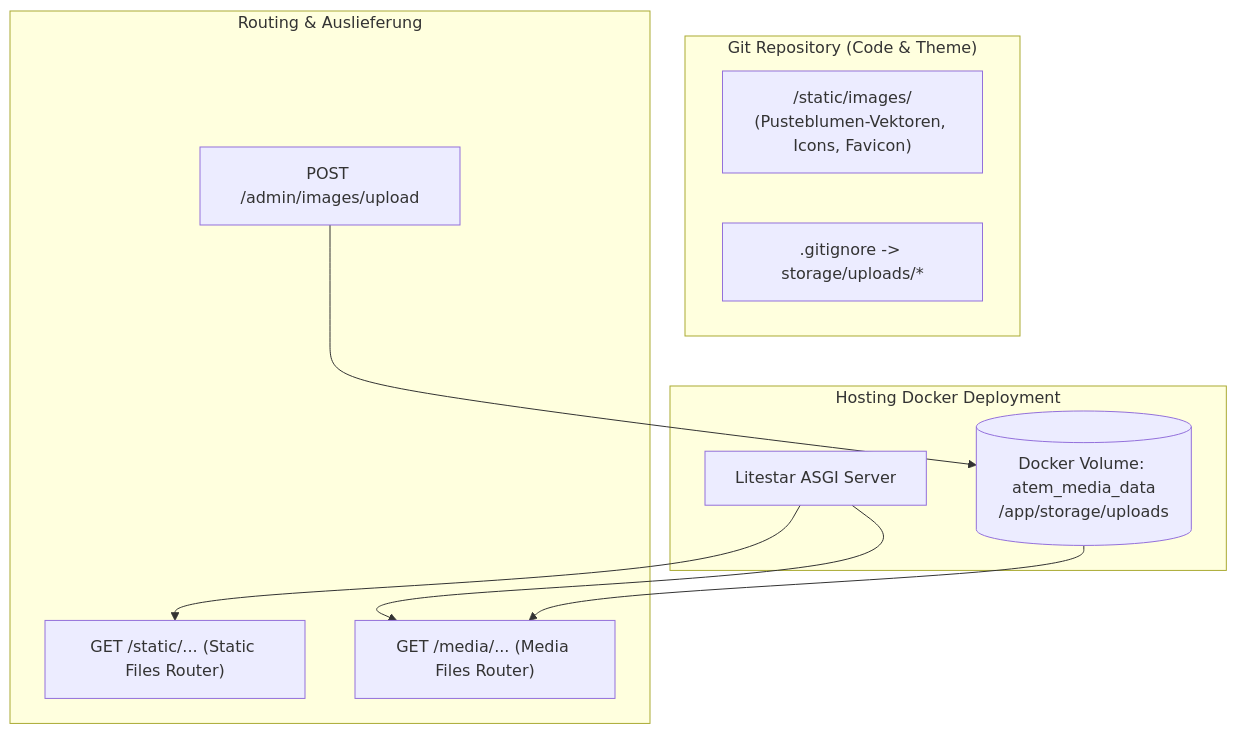
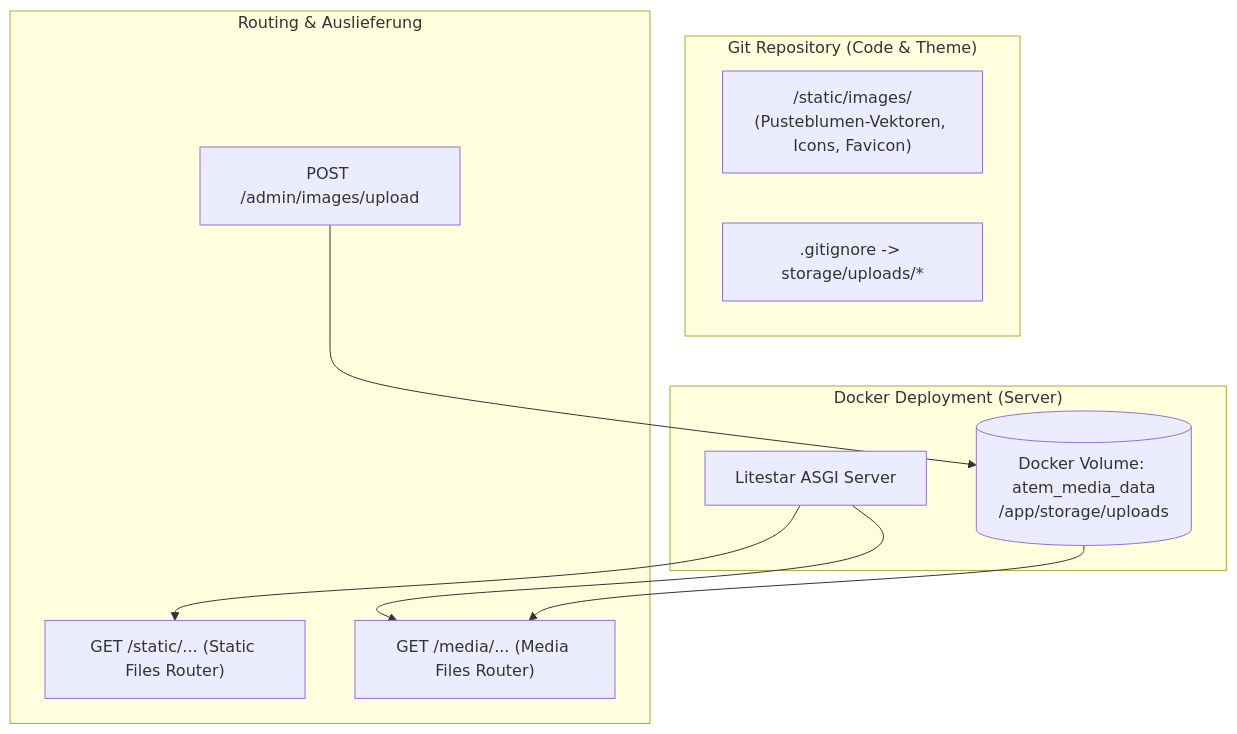
One commit to winSC1ENCE/pusterum changed the diagram in docs/adr/ADR-0003-persistent-media-storage-and-production-persistence.md. Above: the diagram before and after it, drawn with Mermaid. The commit also changed other lines of this file and 247 other files, not shown here.

````diff
--- a/docs/adr/ADR-0003-persistent-media-storage-and-production-persistence.md
+++ b/docs/adr/ADR-0003-persistent-media-storage-and-production-persistence.md
@@ -38,23 +38,23 @@
 ```mermaid
 graph TD
     subgraph GitRepo["Git Repository (Code & Theme)"]
         StaticAssets["/static/images/<br>(Pusteblumen-Vektoren, Icons, Favicon)"]
         GitIgnore[".gitignore -> storage/uploads/*"]
     end
 
-    subgraph ProductionDeployment["Hosting Docker Deployment"]
+    subgraph ProductionDeployment["Docker Deployment (Server)"]
         LitestarApp["Litestar ASGI Server"]
         MediaVolume[("Docker Volume: atem_media_data<br>/app/storage/uploads")]
     end
 
     subgraph HTTPRoutes["Routing & Auslieferung"]
         StaticRoute["GET /static/... (Static Files Router)"]
         MediaRoute["GET /media/... (Media Files Router)"]
         UploadEndpoint["POST /admin/images/upload"]
     end
 
     LitestarApp --> StaticRoute
     LitestarApp --> MediaRoute
     UploadEndpoint --> MediaVolume
     MediaVolume --> MediaRoute
 ```
````
